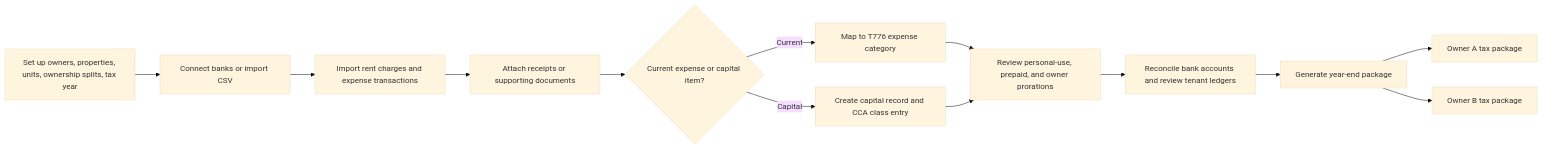
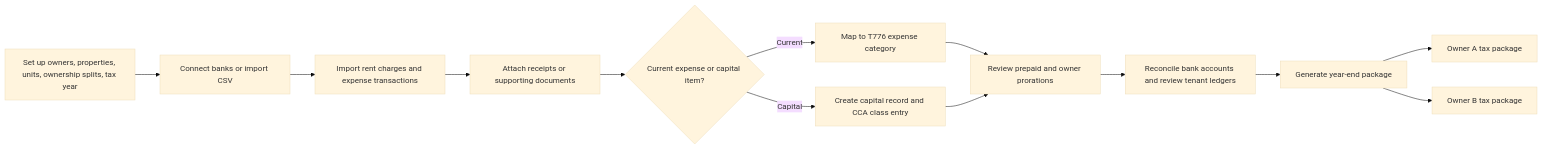
One commit to k-dang/prop-ledger changed the first of 2 diagrams in docs/deep-research-report.md. Above: the diagram before and after it, drawn with Mermaid (base theme). The commit also changed other lines of this file and 22 other files, not shown here.

````diff
--- a/docs/deep-research-report.md
+++ b/docs/deep-research-report.md
@@ -101,15 +101,15 @@
 ```mermaid
 flowchart LR
     A[Set up owners, properties, units, ownership splits, tax year] --> B[Connect banks or import CSV]
     B --> C[Import rent charges and expense transactions]
     C --> D[Attach receipts or supporting documents]
     D --> E{Current expense or capital item?}
     E -->|Current| F[Map to T776 expense category]
     E -->|Capital| G[Create capital record and CCA class entry]
-    F --> H[Review personal-use, prepaid, and owner prorations]
+    F --> H[Review prepaid and owner prorations]
     G --> H
     H --> I[Reconcile bank accounts and review tenant ledgers]
     I --> J[Generate year-end package]
     J --> K[Owner A tax package]
     J --> L[Owner B tax package]
 ```
````
